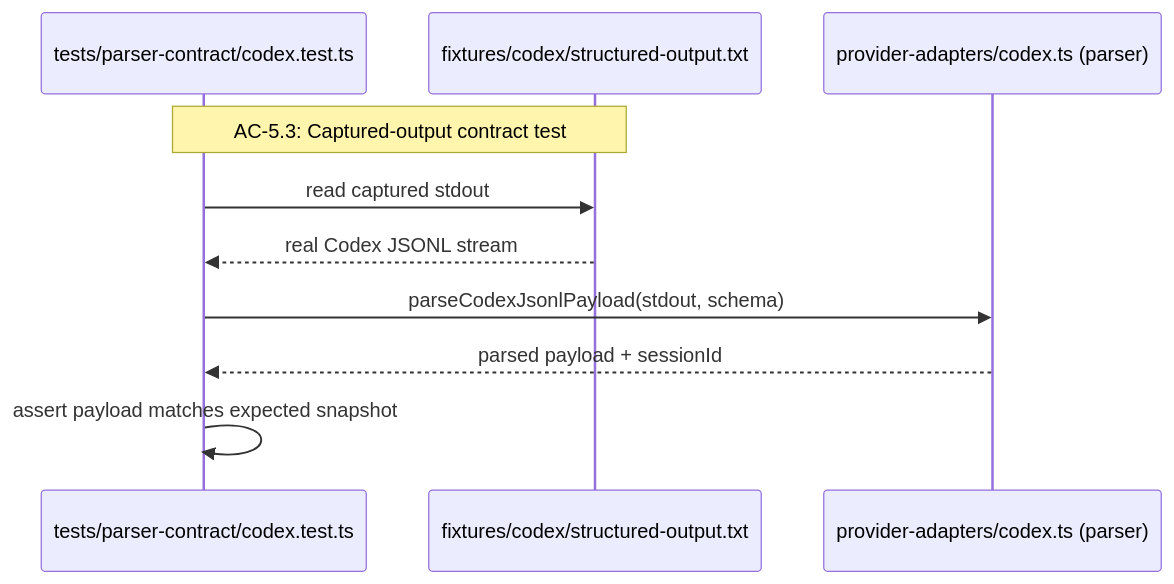
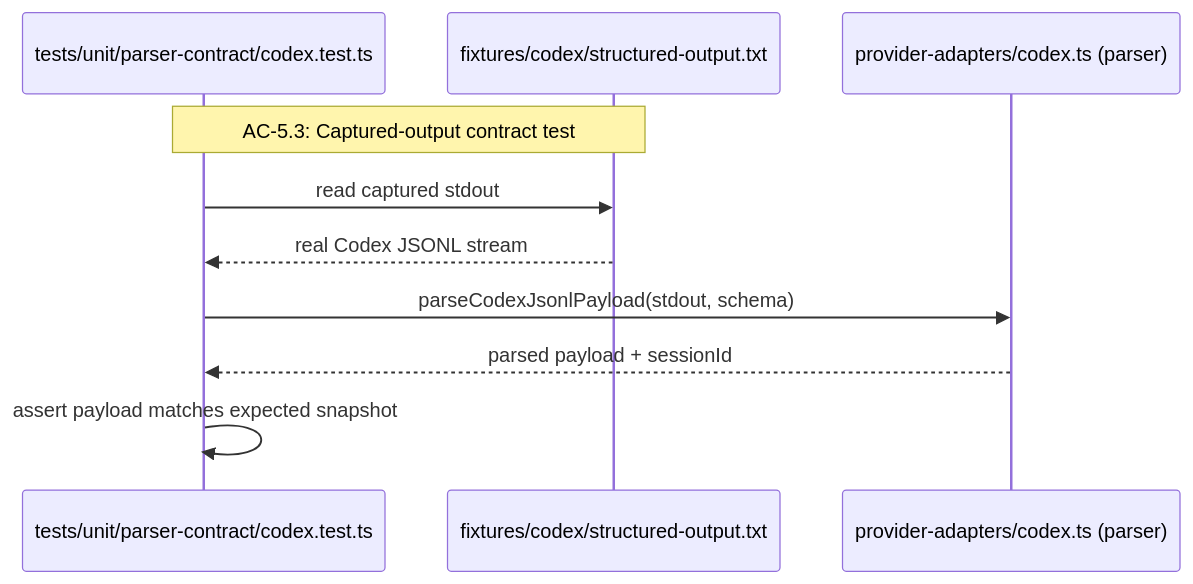
One commit to liminal-ai/lspec-core changed the eighth of 9 diagrams in docs/spec-build/epics/02-standalone-liminal-sdk-cli/tech-design.md. Above: the diagram before and after it, drawn with Mermaid. The commit also changed other lines of this file and 159 other files, not shown here.

````diff
--- a/docs/spec-build/epics/02-standalone-liminal-sdk-cli/tech-design.md
+++ b/docs/spec-build/epics/02-standalone-liminal-sdk-cli/tech-design.md
@@ -908,13 +908,13 @@
 ```mermaid
 sequenceDiagram
-    participant ParserTest as tests/parser-contract/codex.test.ts
+    participant ParserTest as tests/unit/parser-contract/codex.test.ts
     participant Fixture as fixtures/codex/structured-output.txt
     participant Parser as provider-adapters/codex.ts (parser)
 
     Note over ParserTest,Fixture: AC-5.3: Captured-output contract test
     ParserTest->>Fixture: read captured stdout
     Fixture-->>ParserTest: real Codex JSONL stream
     ParserTest->>Parser: parseCodexJsonlPayload(stdout, schema)
     Parser-->>ParserTest: parsed payload + sessionId
     ParserTest->>ParserTest: assert payload matches expected snapshot
 ```
````
